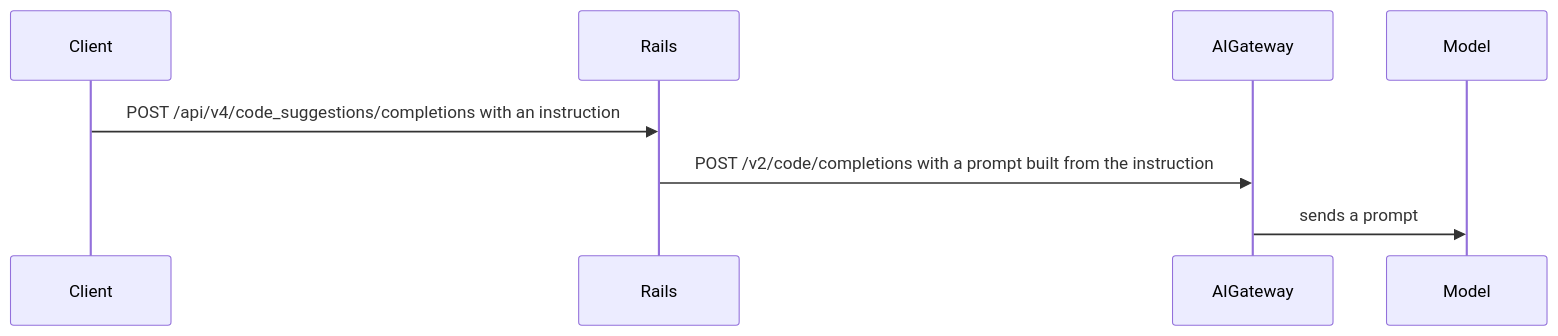
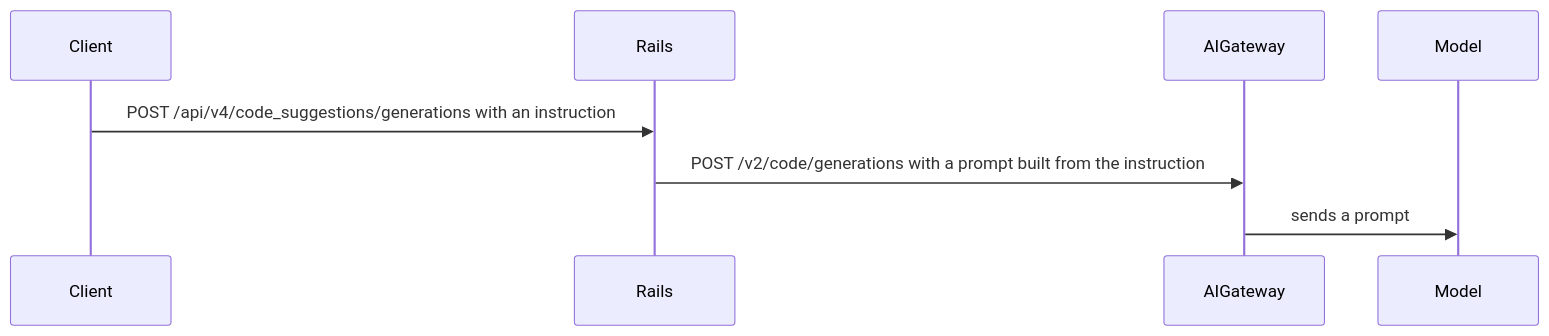
The third of 4 diagrams in content/handbook/engineering/architecture/design-documents/prompts_migration/_index.md (moliver28/research-handbook), drawn with Mermaid before and after one commit. The commit also changed other lines of this file, not shown here.

````diff
--- a/content/handbook/engineering/architecture/design-documents/prompts_migration/_index.md
+++ b/content/handbook/engineering/architecture/design-documents/prompts_migration/_index.md
@@ -140,11 +154,11 @@
 ```mermaid
 sequenceDiagram
     participant Client
     participant Rails
     participant AIGateway
     participant Model
 
-    Client ->> Rails: POST /api/v4/code_suggestions/completions with an instruction
-    Rails ->> AIGateway: POST /v2/code/completions with a prompt built from the instruction
+    Client ->> Rails: POST /api/v4/code_suggestions/generations with an instruction
+    Rails ->> AIGateway: POST /v2/code/generations with a prompt built from the instruction
     AIGateway ->> Model: sends a prompt
 ```
````
